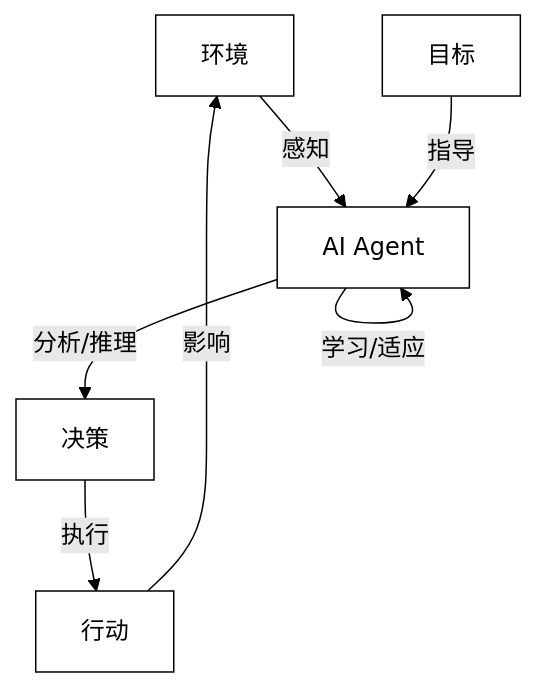
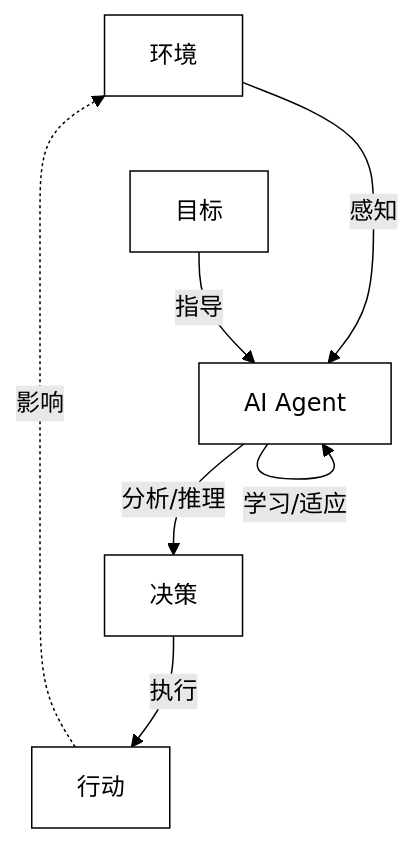
The first of 11 diagrams in 第1章 全面认识AI Agent.md (AIGeniusInstitute/AI-Agent-Principle-and-Application), drawn with Mermaid (forest theme) before and after one commit. The commit also changed other lines of this file, not shown here.

Commit message:
第1章 全面认识AI Agent.md

````diff
--- a/第1章 全面认识AI Agent.md
+++ b/第1章 全面认识AI Agent.md
@@ -46,12 +42,12 @@
 ```mermaid
 graph TD
-    A[环境] -->|感知| B[AI Agent]
+    A[环境] --->|感知| B[AI Agent]
     B -->|分析/推理| C[决策]
     C -->|执行| D[行动]
-    D -->|影响| A
+    D -.->|影响| A
     E[目标] -->|指导| B
     B -->|学习/适应| B
 
 %% 自定义样式
 classDef default fill:#ffffff,stroke:#000000,color:#000000;
 ```
````
